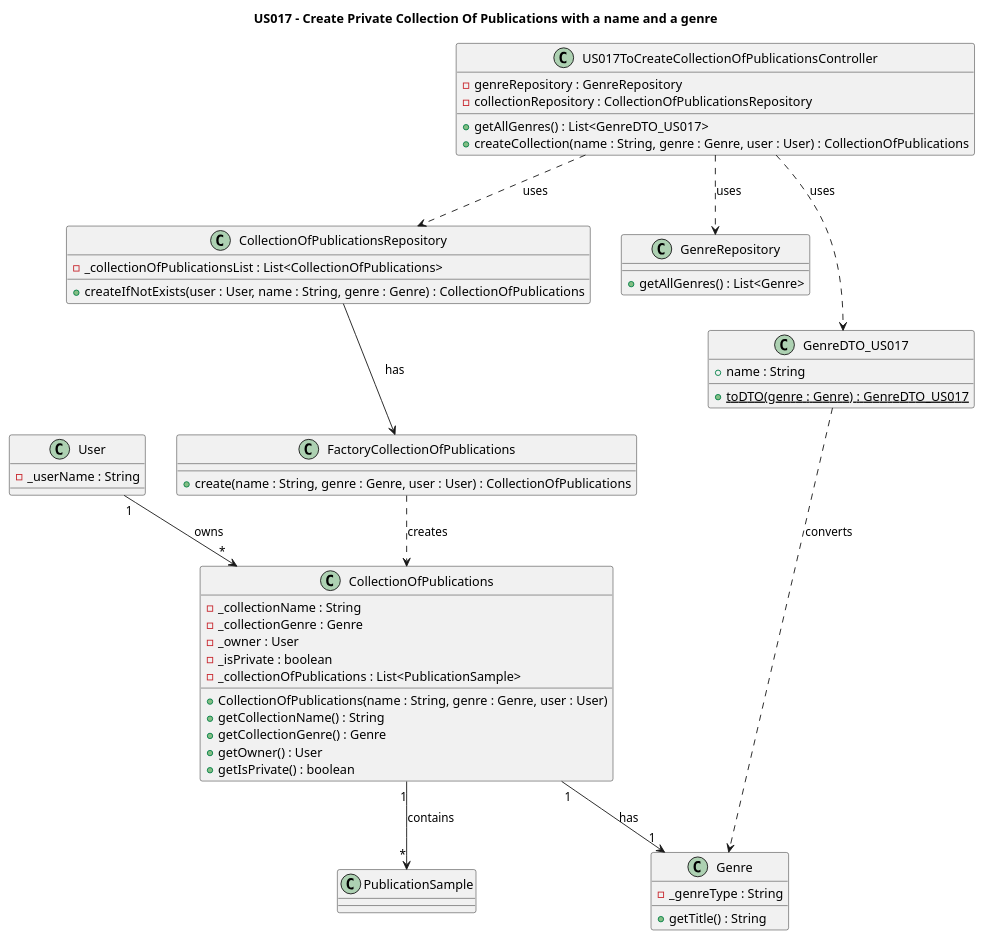
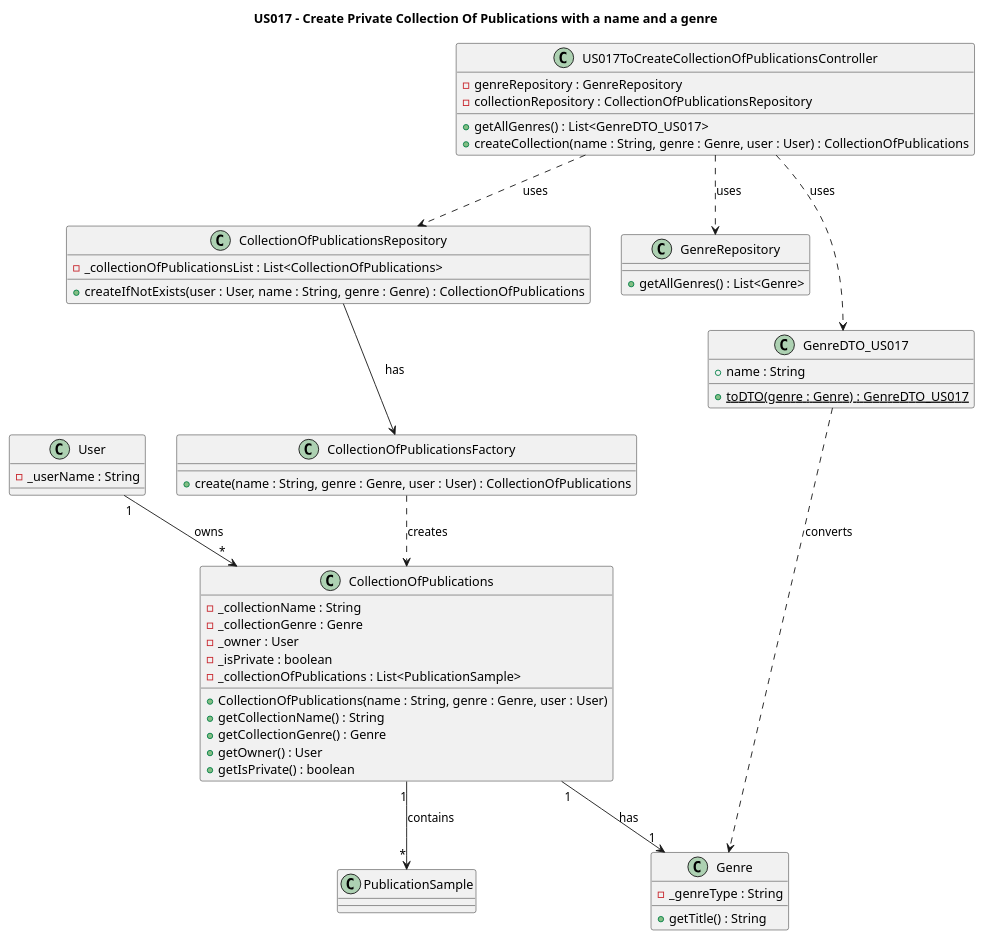
One commit to AndrePereiraGitH/SWitCH-Project-Team_A changed the diagram in Diagrams/ClassDiagrams/US017-to-create-private-publication-list.puml. Above: the diagram before and after it, drawn with PlantUML.

Commit message:
Working on #250, updated class diagram to reflect new design: renamed FactoryCollectionOfPublications to CollectionOfPublicationsFactory

```diff
--- a/Diagrams/ClassDiagrams/US017-to-create-private-publication-list.puml
+++ b/Diagrams/ClassDiagrams/US017-to-create-private-publication-list.puml
@@ -1,87 +1,87 @@
 @startuml
 title US017 - Create Private Collection Of Publications with a name and a genre
 
 ' _____________________
 ' DOMAIN
 ' _____________________
 
 class User {
   - _userName : String
 }
 
 class Genre {
   - _genreType : String
   + getTitle() : String
 }
 
 class CollectionOfPublications {
   - _collectionName : String
   - _collectionGenre : Genre
   - _owner : User
   - _isPrivate : boolean
   - _collectionOfPublications : List<PublicationSample>
   + CollectionOfPublications(name : String, genre : Genre, user : User)
   + getCollectionName() : String
   + getCollectionGenre() : Genre
   + getOwner() : User
   + getIsPrivate() : boolean
 }
 
 class PublicationSample {
 }
 
 User "1" --> "*" CollectionOfPublications : owns
 CollectionOfPublications "1" --> "1" Genre : has
 CollectionOfPublications "1" --> "*" PublicationSample : contains
 
 ' ______________________
 ' APPLICATION
 ' ______________________
 
 class US017ToCreateCollectionOfPublicationsController {
   - genreRepository : GenreRepository
   - collectionRepository : CollectionOfPublicationsRepository
   + getAllGenres() : List<GenreDTO_US017>
   + createCollection(name : String, genre : Genre, user : User) : CollectionOfPublications
 }
 
 class GenreDTO_US017 {
   + name : String
   + {static} toDTO(genre : Genre) : GenreDTO_US017
 }
 
 ' ___________________
 ' PERSISTENCE
 ' ___________________
 
 class GenreRepository {
   + getAllGenres() : List<Genre>
 }
 
 class CollectionOfPublicationsRepository {
   - _collectionOfPublicationsList : List<CollectionOfPublications>
   + createIfNotExists(user : User, name : String, genre : Genre) : CollectionOfPublications
 }
 
 ' ___________________
 ' FACTORY
 ' ___________________
 
-class FactoryCollectionOfPublications {
+class CollectionOfPublicationsFactory {
   + create(name : String, genre : Genre, user : User) : CollectionOfPublications
 }
 
 ' _____________________
 ' DEPENDENCIES
 ' _____________________
 
 US017ToCreateCollectionOfPublicationsController ..> GenreRepository : uses
 US017ToCreateCollectionOfPublicationsController ..> GenreDTO_US017 : uses
 US017ToCreateCollectionOfPublicationsController ..> CollectionOfPublicationsRepository : uses
 
-CollectionOfPublicationsRepository --> FactoryCollectionOfPublications : has
-FactoryCollectionOfPublications ..> CollectionOfPublications : creates
+CollectionOfPublicationsRepository --> CollectionOfPublicationsFactory : has
+CollectionOfPublicationsFactory ..> CollectionOfPublications : creates
 
 GenreDTO_US017 ..> Genre : converts
 
 @enduml
```
